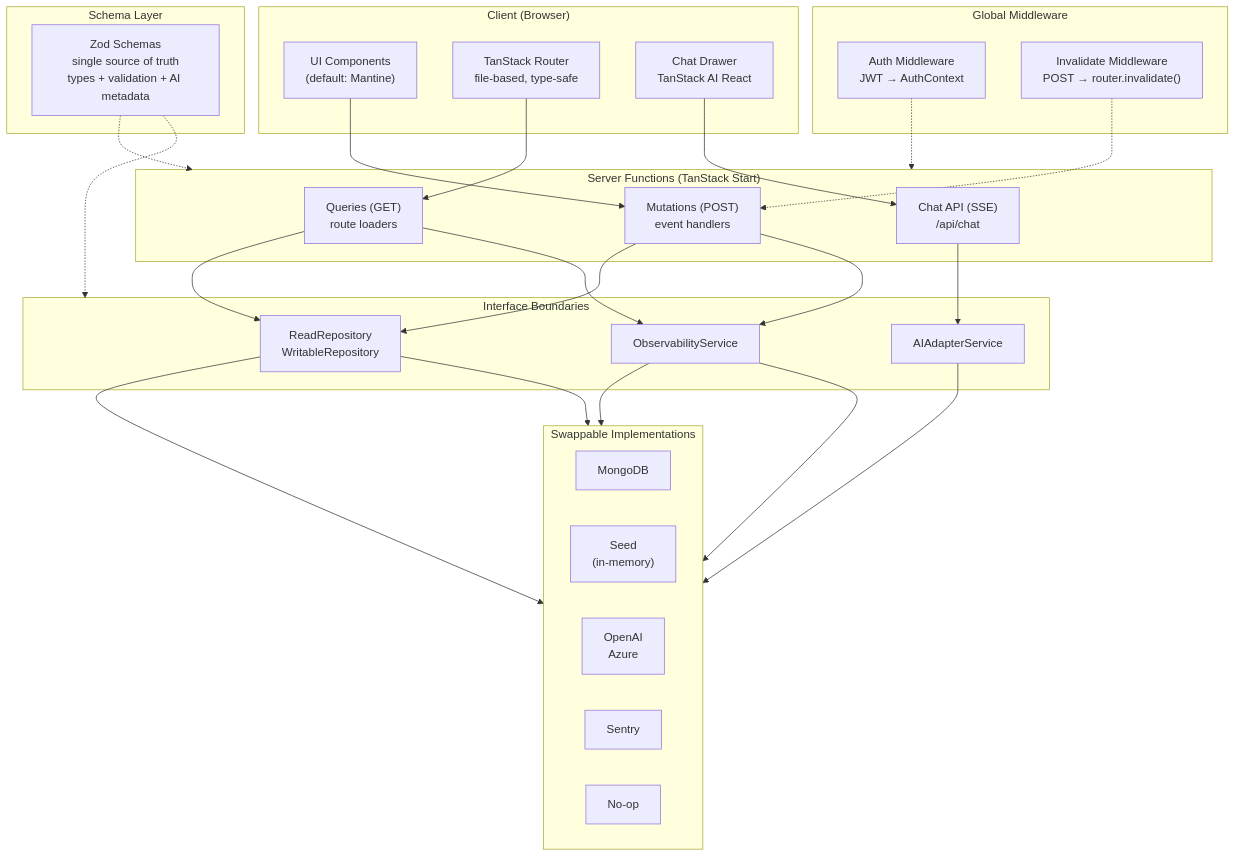
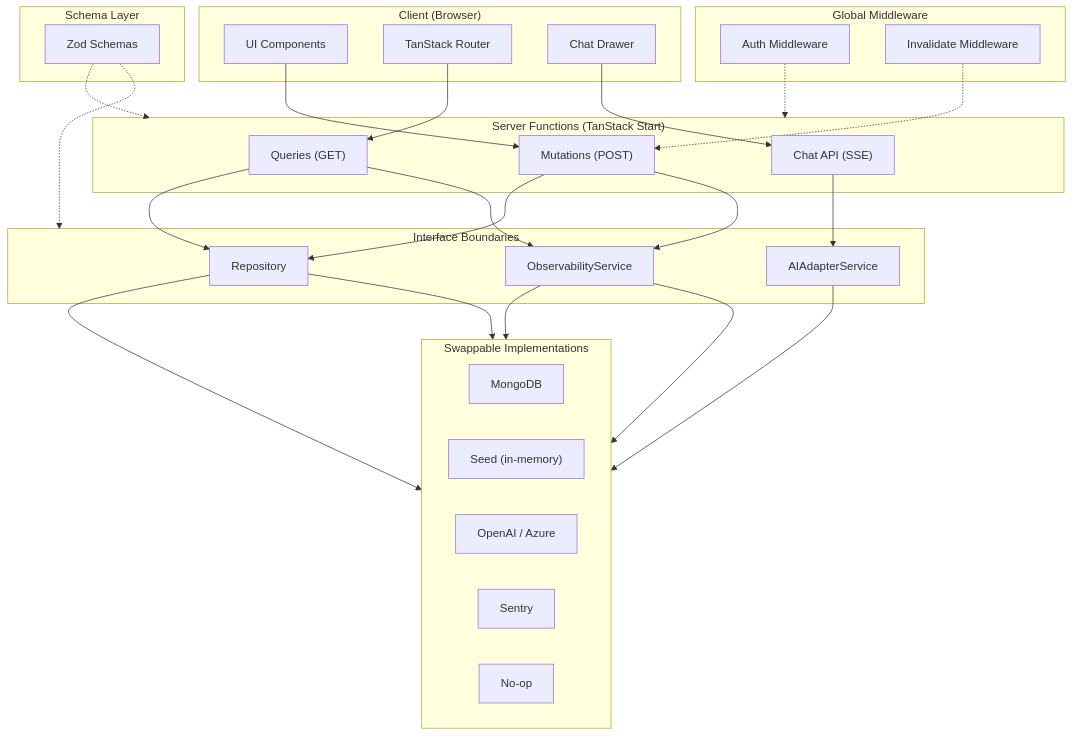
The second of 2 diagrams in README.md (carlosvin/tanstack-fullstack-ai-template), drawn with Mermaid before and after one commit. The commit also changed other lines of this file, not shown here.

Commit message:
Refine README.md for improved clarity and consistency in architecture diagrams
- Simplified text in architecture diagrams for middleware, server functions, and implementations, enhancing readability.
- Consolidated descriptions for components and services, removing unnecessary details while maintaining essential information.
- Updated schema layer and interface boundary descriptions for better alignment with project structure.

````diff
--- a/README.md
+++ b/README.md
@@ -77,59 +77,59 @@
 ```mermaid
 flowchart TB
     subgraph client ["Client (Browser)"]
-        UILib["UI Components\n(default: Mantine)"]
-        Router["TanStack Router\nfile-based, type-safe"]
-        ChatUI["Chat Drawer\nTanStack AI React"]
+        UILib["UI Components"]
+        Router["TanStack Router"]
+        ChatUI["Chat Drawer"]
     end
 
     subgraph middleware ["Global Middleware"]
-        Auth["Auth Middleware\nJWT → AuthContext"]
-        Invalidate["Invalidate Middleware\nPOST → router.invalidate()"]
+        Auth["Auth Middleware"]
+        Invalidate["Invalidate Middleware"]
     end
 
     subgraph serverFns ["Server Functions (TanStack Start)"]
-        Queries["Queries (GET)\nroute loaders"]
-        Mutations["Mutations (POST)\nevent handlers"]
-        ChatAPI["Chat API (SSE)\n/api/chat"]
+        Queries["Queries (GET)"]
+        Mutations["Mutations (POST)"]
+        ChatAPI["Chat API (SSE)"]
     end
 
     subgraph interfaces ["Interface Boundaries"]
-        RepoInterface["ReadRepository\nWritableRepository"]
+        RepoInterface["Repository"]
         AIInterface["AIAdapterService"]
         ObsInterface["ObservabilityService"]
     end
 
     subgraph implementations ["Swappable Implementations"]
         direction LR
         MongoDB["MongoDB"]
-        SeedRepo["Seed\n(in-memory)"]
-        OpenAI["OpenAI\nAzure"]
+        SeedRepo["Seed (in-memory)"]
+        OpenAI["OpenAI / Azure"]
         Sentry["Sentry"]
         NoOp["No-op"]
     end
 
     subgraph schemas ["Schema Layer"]
-        Zod["Zod Schemas\nsingle source of truth\ntypes + validation + AI metadata"]
+        Zod["Zod Schemas"]
     end
 
     Router --> Queries
     ChatUI --> ChatAPI
     UILib --> Mutations
 
     Queries --> RepoInterface
     Mutations --> RepoInterface
     ChatAPI --> AIInterface
     Queries --> ObsInterface
     Mutations --> ObsInterface
 
     RepoInterface --> MongoDB
     RepoInterface --> SeedRepo
     AIInterface --> OpenAI
     ObsInterface --> Sentry
     ObsInterface --> NoOp
 
     Zod -.-> serverFns
     Zod -.-> interfaces
     Auth -.-> serverFns
     Invalidate -.-> Mutations
 ```
````
